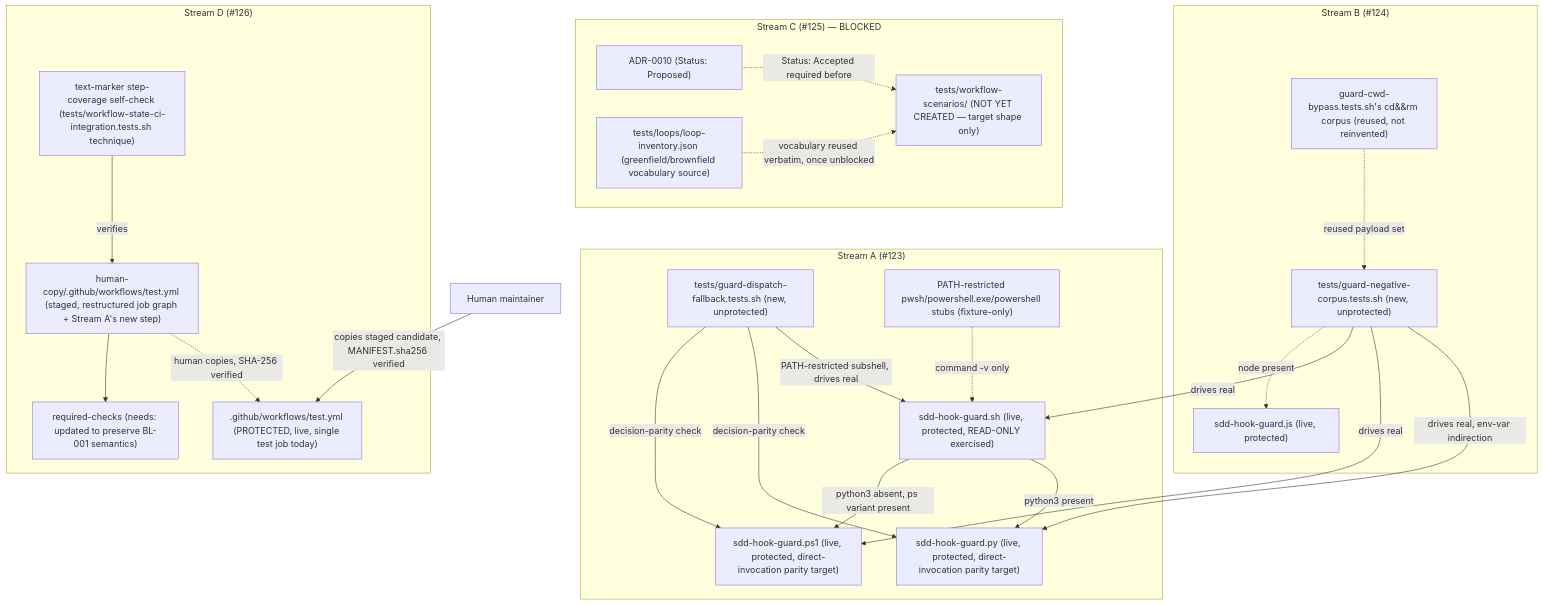
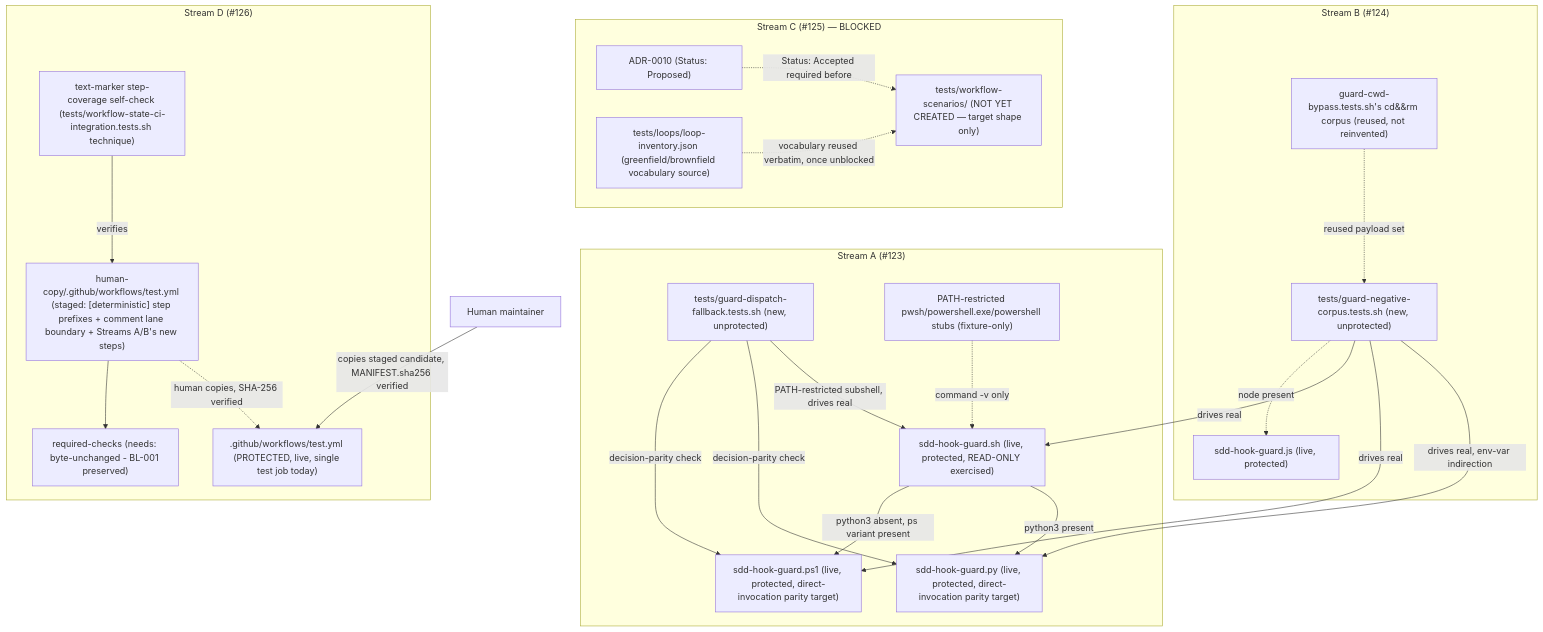
One commit to aharada54914/sdd-forge changed the diagram in specs/epic-136-phase3/design.md. Above: the diagram before and after it, drawn with Mermaid. The commit also changed other lines of this file and 1 other file, not shown here.

First line of the commit message:
docs(design): epic-136-phase3 impl-a1r1 remediation - Stream D full-document sweep (#126)

````diff
--- a/specs/epic-136-phase3/design.md
+++ b/specs/epic-136-phase3/design.md
@@ -45,46 +48,46 @@
 ```mermaid
 flowchart TB
   subgraph SA["Stream A (#123)"]
     GDF["tests/guard-dispatch-fallback.tests.sh (new, unprotected)"]
     SHGSH["sdd-hook-guard.sh (live, protected, READ-ONLY exercised)"]
     SHGPY["sdd-hook-guard.py (live, protected, direct-invocation parity target)"]
     SHGPS["sdd-hook-guard.ps1 (live, protected, direct-invocation parity target)"]
     PWSHSTUB["PATH-restricted pwsh/powershell.exe/powershell stubs (fixture-only)"]
     GDF -->|PATH-restricted subshell, drives real| SHGSH
     SHGSH -->|python3 present| SHGPY
     SHGSH -->|python3 absent, ps variant present| SHGPS
     PWSHSTUB -.->|command -v only| SHGSH
     GDF -->|decision-parity check| SHGPY
     GDF -->|decision-parity check| SHGPS
   end
 
   subgraph SB["Stream B (#124)"]
     GNC["tests/guard-negative-corpus.tests.sh (new, unprotected)"]
     CWDCORPUS["guard-cwd-bypass.tests.sh's cd&&rm corpus (reused, not reinvented)"]
     GNC -->|drives real, env-var indirection| SHGPY
     GNC -->|drives real| SHGPS
     GNC -->|drives real| SHGSH
     GNC -.->|node present| SHGJS["sdd-hook-guard.js (live, protected)"]
     CWDCORPUS -.->|reused payload set| GNC
   end
 
   subgraph SC["Stream C (#125) — BLOCKED"]
     ADR0010["ADR-0010 (Status: Proposed)"]
     WFSCEN["tests/workflow-scenarios/ (NOT YET CREATED — target shape only)"]
     LOOPINV["tests/loops/loop-inventory.json (greenfield/brownfield vocabulary source)"]
     ADR0010 -.->|Status: Accepted required before| WFSCEN
     LOOPINV -.->|vocabulary reused verbatim, once unblocked| WFSCEN
   end
 
   subgraph SD["Stream D (#126)"]
     TESTYML_LIVE[".github/workflows/test.yml (PROTECTED, live, single test job today)"]
-    TESTYML_HC["human-copy/.github/workflows/test.yml (staged, restructured job graph + Stream A's new step)"]
-    RC["required-checks (needs: updated to preserve BL-001 semantics)"]
+    TESTYML_HC["human-copy/.github/workflows/test.yml (staged: [deterministic] step prefixes + comment lane boundary + Streams A/B's new steps)"]
+    RC["required-checks (needs: byte-unchanged - BL-001 preserved)"]
     SELFCHECK["text-marker step-coverage self-check (tests/workflow-state-ci-integration.tests.sh technique)"]
     TESTYML_HC -.->|human copies, SHA-256 verified| TESTYML_LIVE
     TESTYML_HC --> RC
     SELFCHECK -->|verifies| TESTYML_HC
   end
 
   HUMAN["Human maintainer"] -->|copies staged candidate, MANIFEST.sha256 verified| TESTYML_LIVE
 ```
````
